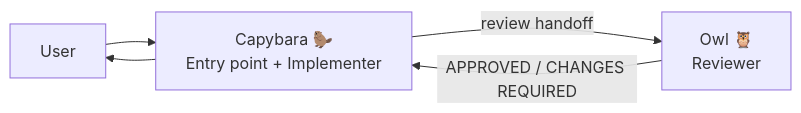
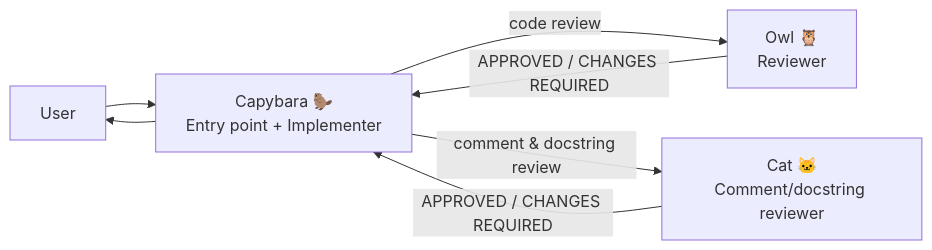
Before and after one commit to kevinkwee/github-copilot-squad-simplified: the first of 2 diagrams in README.md, drawn with Mermaid. The commit also changed other lines of this file and 3 other files, not shown here.

First line of the commit message:
feat: add Cat comment/docstring reviewer and Duo variant

````diff
--- a/README.md
+++ b/README.md
@@ -35,7 +41,9 @@
 ```mermaid
 flowchart LR
   U[User] --> C[Capybara 🦫<br/>Entry point + Implementer]
-  C -->|review handoff| O[Owl 🦉<br/>Reviewer]
+  C -->|code review| O[Owl 🦉<br/>Reviewer]
   O -->|APPROVED / CHANGES REQUIRED| C
+  C -->|comment & docstring review| A[Cat 🐱<br/>Comment/docstring reviewer]
+  A -->|APPROVED / CHANGES REQUIRED| C
   C --> U
 ```
````
